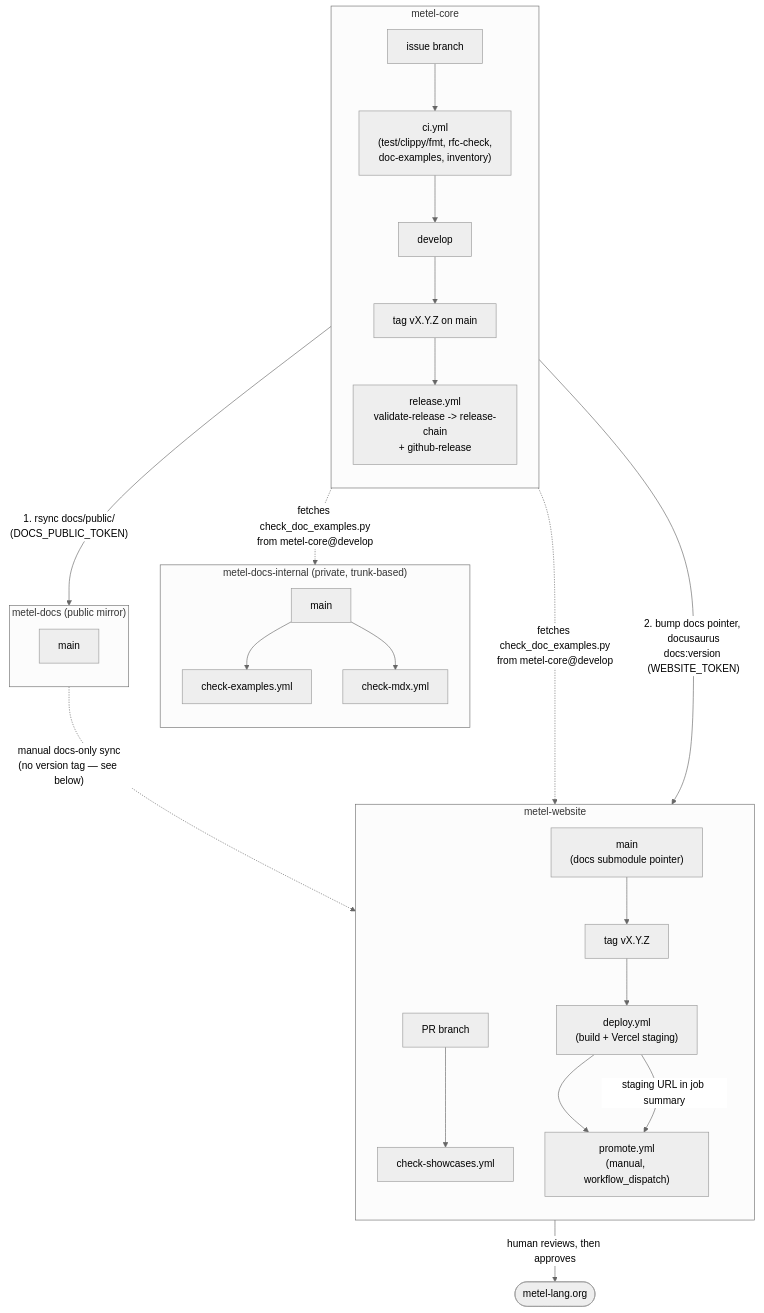
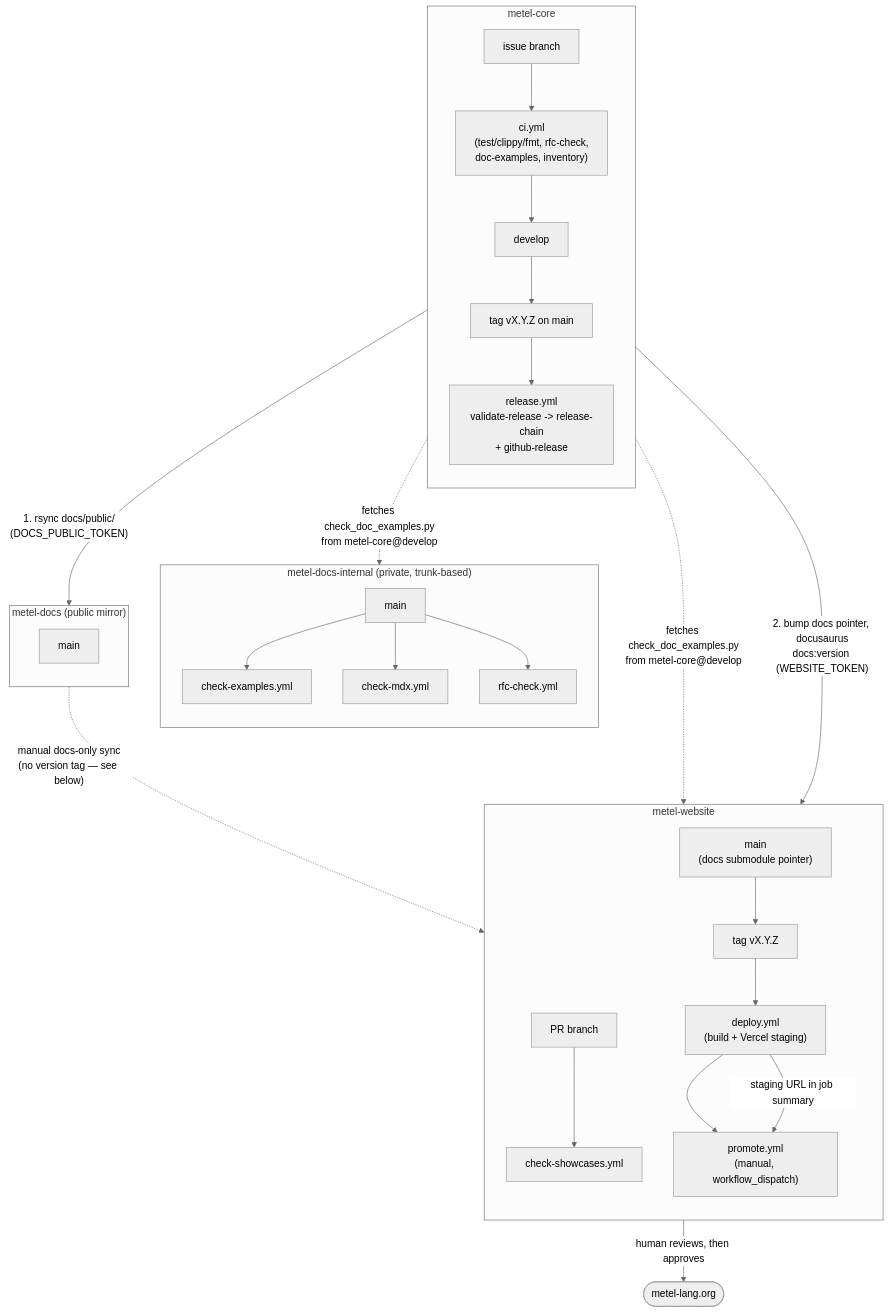
The diagram in PROCESSES.md (gust-lang/gust), drawn with Mermaid (neutral theme) before and after one commit. The commit also changed other lines of this file, not shown here.

First line of the commit message:
docs: add the new rfc-check.yml and coverage ratchet to PROCESSES.md

````diff
--- a/PROCESSES.md
+++ b/PROCESSES.md
@@ -34,50 +34,52 @@
 ```mermaid
 flowchart TD
     subgraph MDI["metel-docs-internal (private, trunk-based)"]
         direction TB
         MDI_main["main"]
         MDI_ci1["check-examples.yml"]
         MDI_ci2["check-mdx.yml"]
+        MDI_ci3["rfc-check.yml"]
         MDI_main --> MDI_ci1
         MDI_main --> MDI_ci2
+        MDI_main --> MDI_ci3
     end
 
     subgraph MC["metel-core"]
         direction TB
         MC_branch["issue branch"]
         MC_ci["ci.yml\n(test/clippy/fmt, rfc-check,\ndoc-examples, inventory)"]
         MC_develop["develop"]
         MC_tag["tag vX.Y.Z on main"]
         MC_rel["release.yml\nvalidate-release -> release-chain\n+ github-release"]
         MC_branch --> MC_ci --> MC_develop --> MC_tag --> MC_rel
     end
 
     subgraph MDPub["metel-docs (public mirror)"]
         direction TB
         MD_main["main"]
     end
 
     subgraph MW["metel-website"]
         direction TB
         MW_branch["PR branch"]
         MW_ci["check-showcases.yml"]
         MW_main["main\n(docs submodule pointer)"]
         MW_tag["tag vX.Y.Z"]
         MW_deploy["deploy.yml\n(build + Vercel staging)"]
         MW_promote["promote.yml\n(manual, workflow_dispatch)"]
         MW_branch --> MW_ci
         MW_main --> MW_tag --> MW_deploy --> MW_promote
     end
 
     PROD(["metel-lang.org"])
 
     MC_ci -. "fetches check_doc_examples.py\nfrom metel-core@develop" .-> MDI_ci1
     MC_ci -. "fetches check_doc_examples.py\nfrom metel-core@develop" .-> MW_ci
 
     MC_rel -->|"1. rsync docs/public/\n(DOCS_PUBLIC_TOKEN)"| MD_main
     MC_rel -->|"2. bump docs pointer, docusaurus\ndocs:version (WEBSITE_TOKEN)"| MW_main
     MW_deploy -->|"staging URL in job summary"| MW_promote
     MW_promote -->|"human reviews, then approves"| PROD
 
     MD_main -. "manual docs-only sync\n(no version tag — see below)" .-> MW_main
 ```
````
